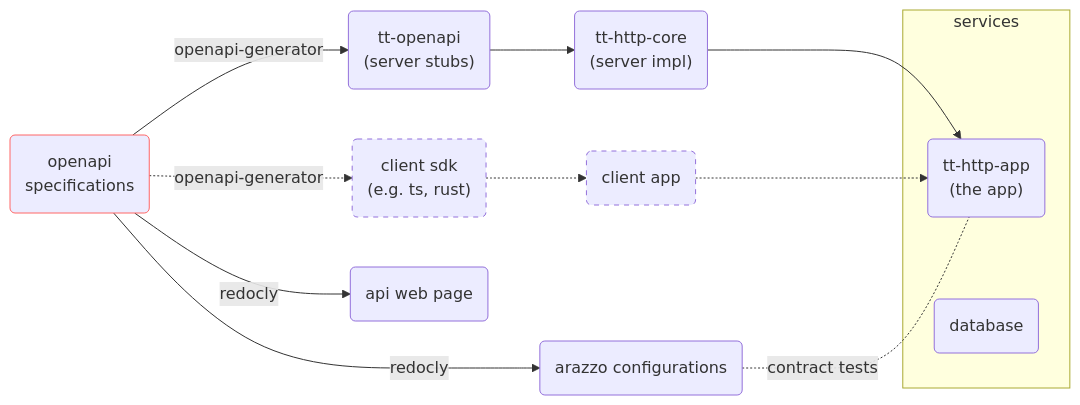
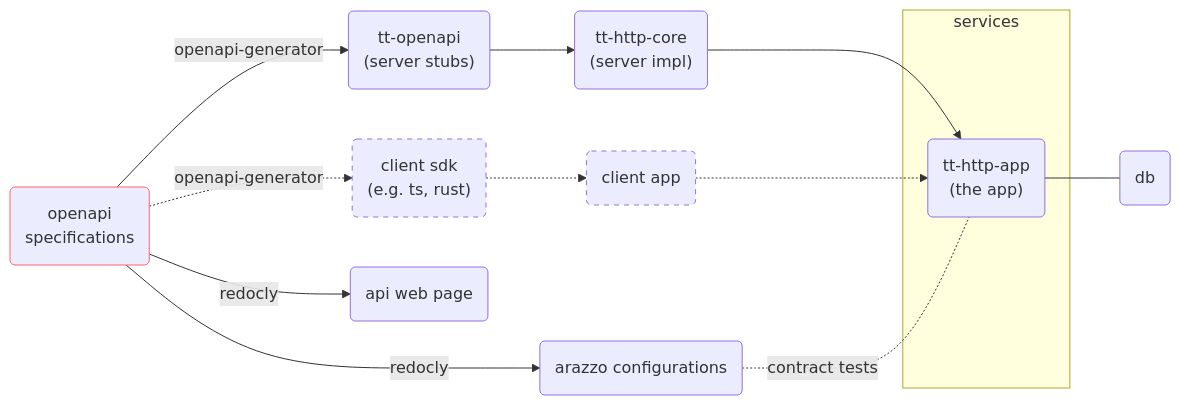
One commit to whisperpine/tt changed the diagram in README.md. Above: the diagram before and after it, drawn with Mermaid. The commit also changed 3 other files, not shown here.

````diff
--- a/README.md
+++ b/README.md
@@ -21,29 +21,32 @@
 ```mermaid
 flowchart LR
   oas(openapi<br>specifications):::red_stroke
   ttopen("tt-openapi<br>(server stubs)")
   ttcore("tt-http-core<br>(server impl)")
   csdk("client sdk<br>(e.g. ts, rust)")
   cc("client app")
+  arazzo("arazzo configurations")
   web("api web page")
-  arazzo("arazzo configurations")
 
   oas -->|openapi-generator| ttopen
   ttopen --> ttcore
   ttcore --> ttapp
   oas -.->|openapi-generator| csdk
   csdk -.-> cc
   cc -.-> ttapp
-  oas -->|redocly| web
   oas -->|redocly| arazzo
   arazzo -.-|contract tests| ttapp
+  oas -->|redocly| web
 
   subgraph services
-    db("database")
     ttapp("tt-http-app<br>(the app)")
+
   end
+
+  db("db")
+  ttapp --- db
 
   classDef red_stroke stroke: #f66
   style csdk stroke-dasharray: 5
   style cc stroke-dasharray: 5
 ```
````
